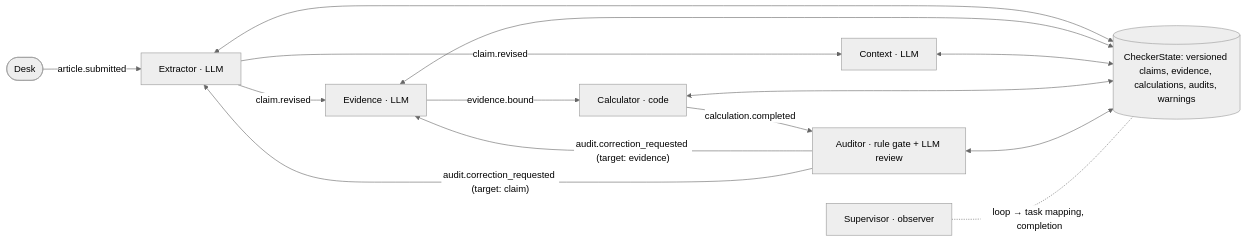
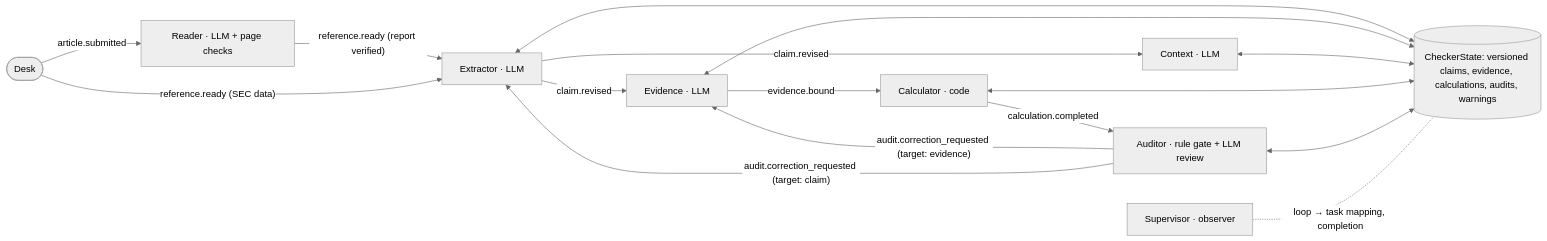
One commit to jatinvats123/finance-claim-checker changed the diagram in README.md. Above: the diagram before and after it, drawn with Mermaid (neutral theme). The commit also changed other lines of this file and 78 other files, not shown here.

````diff
--- a/README.md
+++ b/README.md
@@ -76,13 +143,15 @@
 ```mermaid
 flowchart LR
-  Desk([Desk]) -- article.submitted --> X[Extractor · LLM]
+  Desk([Desk]) -- article.submitted --> R[Reader · LLM + page checks]
+  R -- "reference.ready (report verified)" --> X[Extractor · LLM]
+  Desk -- "reference.ready (SEC data)" --> X
   X -- claim.revised --> E[Evidence · LLM]
   X -- claim.revised --> C[Context · LLM]
   E -- evidence.bound --> K[Calculator · code]
   K -- calculation.completed --> A[Auditor · rule gate + LLM review]
   A -- "audit.correction_requested (target: evidence)" --> E
   A -- "audit.correction_requested (target: claim)" --> X
   S[(CheckerState: versioned claims, evidence, calculations, audits, warnings)]
   X & E & C & K & A <--> S
   V[Supervisor · observer] -. loop → task mapping, completion .- S
 ```
````
